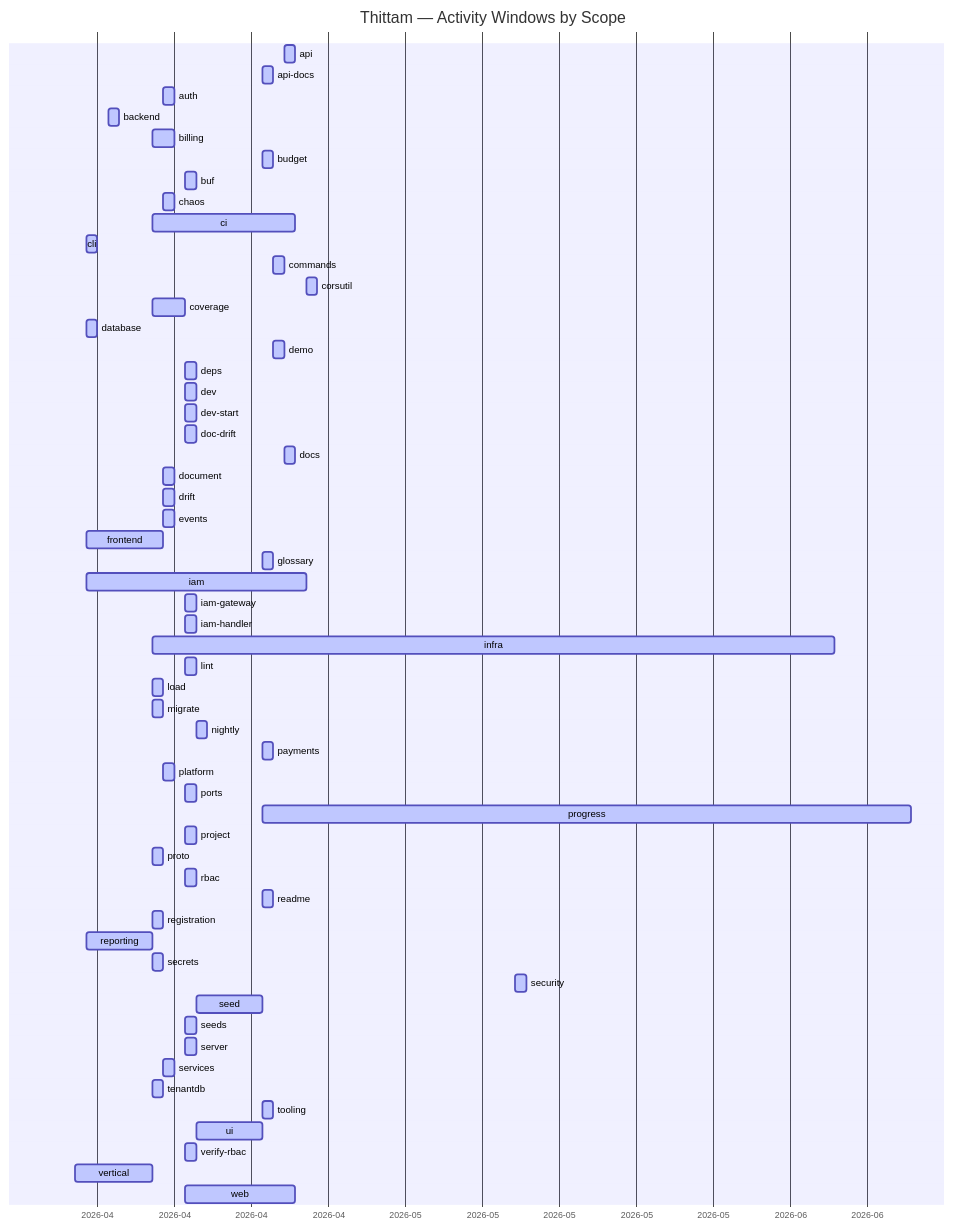
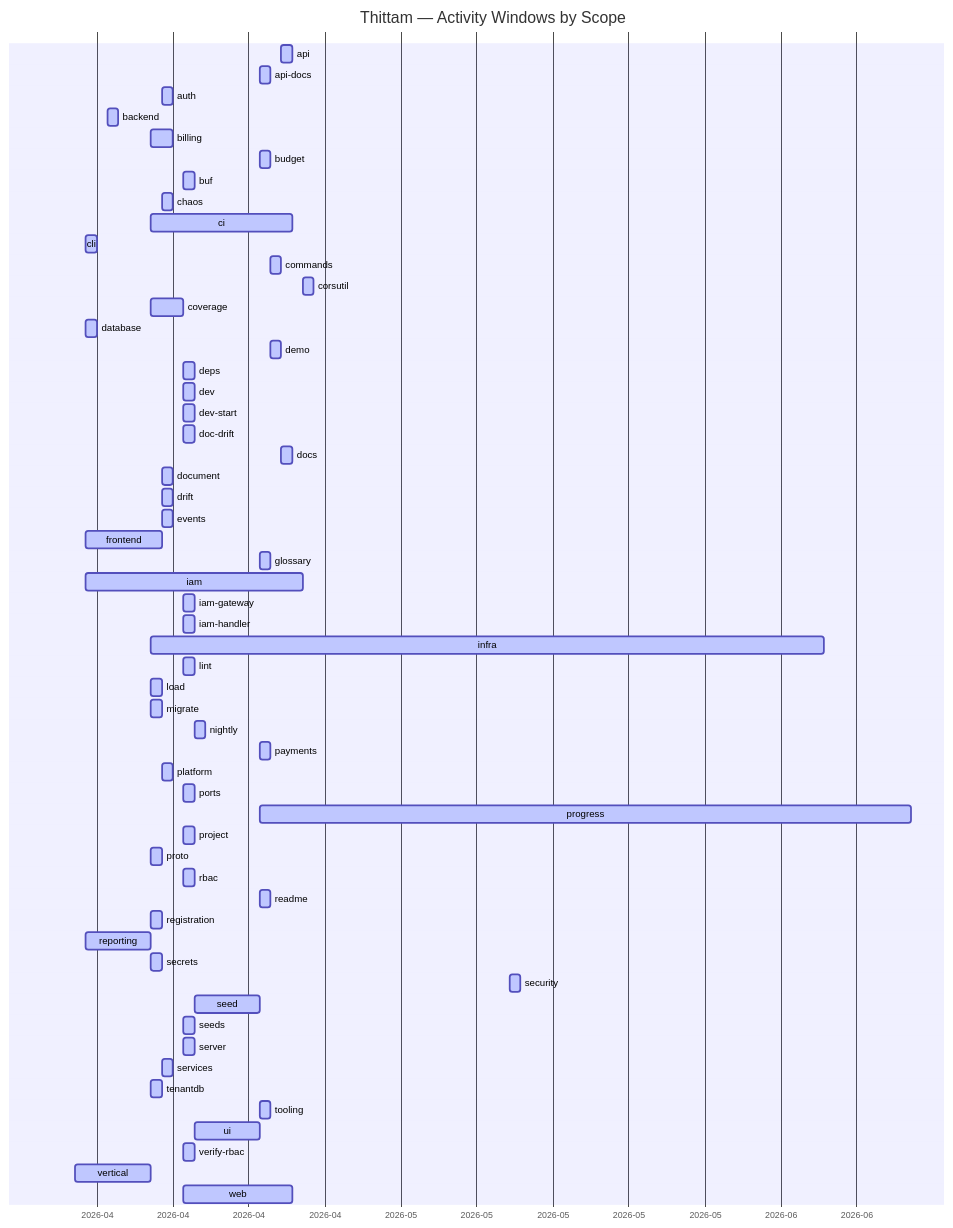
One commit to wegofwd2020-hub/thittam changed the diagram in docs/PROGRESS.md. Above: the diagram before and after it, drawn with Mermaid. The commit also changed other lines of this file and 1 other file, not shown here.

Commit message:
chore(progress): nightly update of docs/PROGRESS.md + CSVs

````diff
--- a/docs/PROGRESS.md
+++ b/docs/PROGRESS.md
@@ -9,61 +9,61 @@
 ```mermaid
 gantt
     title Thittam — Activity Windows by Scope
     dateFormat YYYY-MM-DD
     axisFormat %Y-%m
     api                :active, s_api, 2026-04-22, 2026-04-23
     api-docs           :active, s_api_docs, 2026-04-20, 2026-04-21
     auth               :active, s_auth, 2026-04-11, 2026-04-12
     backend            :active, s_backend, 2026-04-06, 2026-04-07
     billing            :active, s_billing, 2026-04-10, 2026-04-12
     budget             :active, s_budget, 2026-04-20, 2026-04-21
     buf                :active, s_buf, 2026-04-13, 2026-04-14
     chaos              :active, s_chaos, 2026-04-11, 2026-04-12
     ci                 :active, s_ci, 2026-04-10, 2026-04-23
     cli                :active, s_cli, 2026-04-04, 2026-04-05
     commands           :active, s_commands, 2026-04-21, 2026-04-22
     corsutil           :active, s_corsutil, 2026-04-24, 2026-04-25
     coverage           :active, s_coverage, 2026-04-10, 2026-04-13
     database           :active, s_database, 2026-04-04, 2026-04-05
     demo               :active, s_demo, 2026-04-21, 2026-04-22
     deps               :active, s_deps, 2026-04-13, 2026-04-14
     dev                :active, s_dev, 2026-04-13, 2026-04-14
     dev-start          :active, s_dev_start, 2026-04-13, 2026-04-14
     doc-drift          :active, s_doc_drift, 2026-04-13, 2026-04-14
     docs               :active, s_docs, 2026-04-22, 2026-04-23
     document           :active, s_document, 2026-04-11, 2026-04-12
     drift              :active, s_drift, 2026-04-11, 2026-04-12
     events             :active, s_events, 2026-04-11, 2026-04-12
     frontend           :active, s_frontend, 2026-04-04, 2026-04-11
     glossary           :active, s_glossary, 2026-04-20, 2026-04-21
     iam                :active, s_iam, 2026-04-04, 2026-04-24
     iam-gateway        :active, s_iam_gateway, 2026-04-13, 2026-04-14
     iam-handler        :active, s_iam_handler, 2026-04-13, 2026-04-14
     infra              :active, s_infra, 2026-04-10, 2026-06-11
     lint               :active, s_lint, 2026-04-13, 2026-04-14
     load               :active, s_load, 2026-04-10, 2026-04-11
     migrate            :active, s_migrate, 2026-04-10, 2026-04-11
     nightly            :active, s_nightly, 2026-04-14, 2026-04-15
     payments           :active, s_payments, 2026-04-20, 2026-04-21
     platform           :active, s_platform, 2026-04-11, 2026-04-12
     ports              :active, s_ports, 2026-04-13, 2026-04-14
-    progress           :active, s_progress, 2026-04-20, 2026-06-18
+    progress           :active, s_progress, 2026-04-20, 2026-06-19
     project            :active, s_project, 2026-04-13, 2026-04-14
     proto              :active, s_proto, 2026-04-10, 2026-04-11
     rbac               :active, s_rbac, 2026-04-13, 2026-04-14
     readme             :active, s_readme, 2026-04-20, 2026-04-21
     registration       :active, s_registration, 2026-04-10, 2026-04-11
     reporting          :active, s_reporting, 2026-04-04, 2026-04-10
     secrets            :active, s_secrets, 2026-04-10, 2026-04-11
     security           :active, s_security, 2026-05-13, 2026-05-14
     seed               :active, s_seed, 2026-04-14, 2026-04-20
     seeds              :active, s_seeds, 2026-04-13, 2026-04-14
     server             :active, s_server, 2026-04-13, 2026-04-14
     services           :active, s_services, 2026-04-11, 2026-04-12
     tenantdb           :active, s_tenantdb, 2026-04-10, 2026-04-11
     tooling            :active, s_tooling, 2026-04-20, 2026-04-21
     ui                 :active, s_ui, 2026-04-14, 2026-04-20
     verify-rbac        :active, s_verify_rbac, 2026-04-13, 2026-04-14
     vertical           :active, s_vertical, 2026-04-03, 2026-04-10
     web                :active, s_web, 2026-04-13, 2026-04-23
 ```
````
